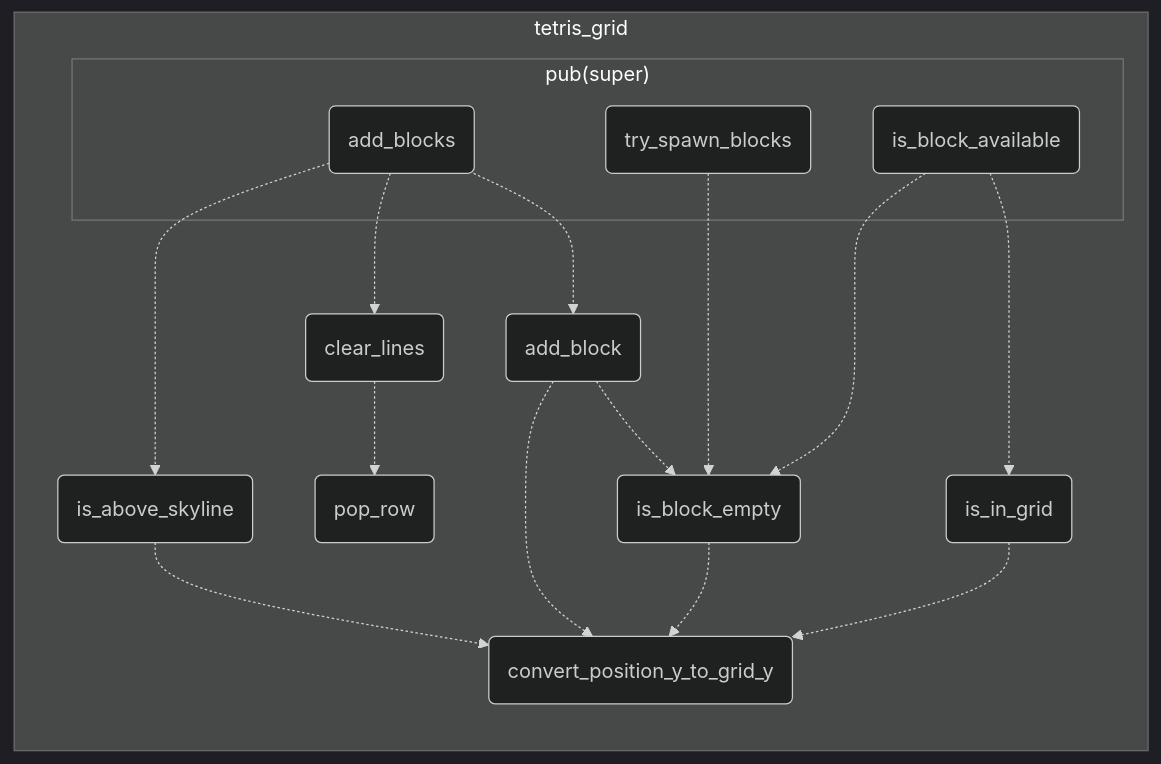
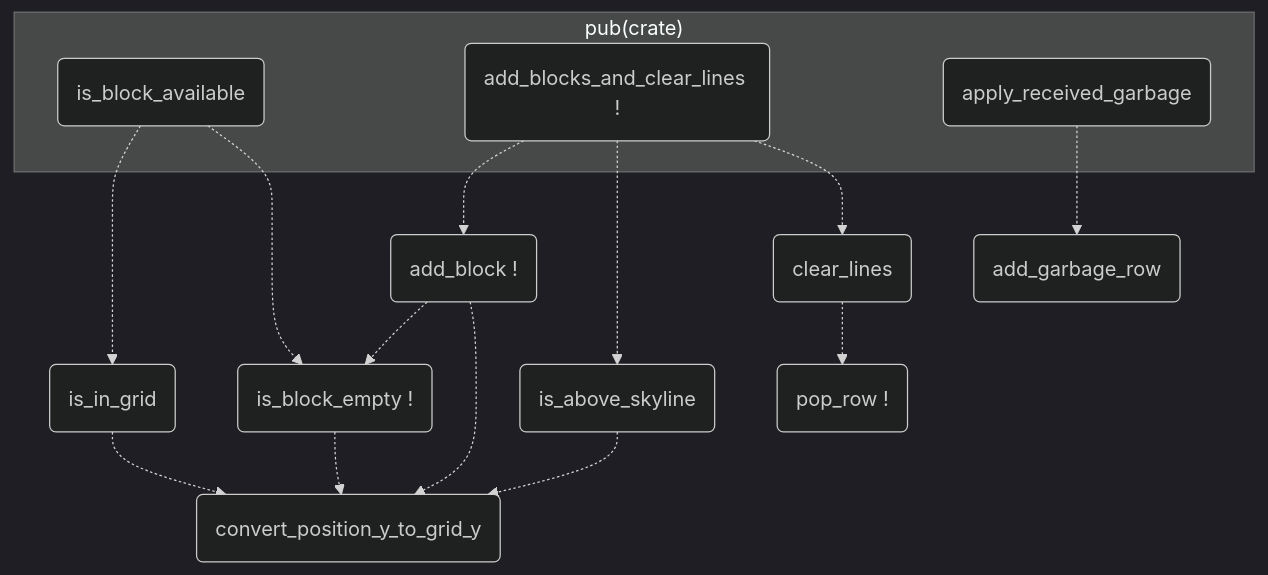
The diagram in core_tetris/src/tetris_grid_internals.mmd (inesvar/tetris), drawn with Mermaid (dark theme) before and after one commit. The commit also changed 1 other file, not shown here.

Commit message:
Audit the remaining panics in TetrisGrid

```diff
--- a/core_tetris/src/tetris_grid_internals.mmd
+++ b/core_tetris/src/tetris_grid_internals.mmd
@@ -1,39 +1,41 @@
-graph LR
+graph TD
     %% tetris grid
+    is_block_available(is_block_available)
+
+    is_in_grid(is_in_grid)
+    is_block_empty(is_block_empty !)
+
+    add_blocks(add_blocks_and_clear_lines !)
+
+    add_block(add_block !)
+    is_above_skyline(is_above_skyline)
     clear_lines(clear_lines)
-    pop_row(pop_row)
-    is_above_skyline(is_above_skyline)
-    add_block(add_block)
+    pop_row(pop_row !)
 
-    is_block_empty(is_block_empty)
     convert_position_y_to_grid_y(convert_position_y_to_grid_y)
 
-    is_in_grid(is_in_grid)
+    apply_received_garbage(apply_received_garbage)
 
-    add_blocks(add_blocks)
-    try_spawn_blocks(try_spawn_blocks)
-    is_block_available(is_block_available)
+    add_garbage_row(add_garbage_row)
 
-    subgraph tetris_grid
-        subgraph "pub(super)"
-            add_blocks
-            try_spawn_blocks
-            is_block_available
-        end
-        add_blocks -.-> is_above_skyline
-        add_blocks -.-> clear_lines
-        add_blocks -.-> add_block
-    
-        is_above_skyline -.-> convert_position_y_to_grid_y
-        clear_lines -.-> pop_row
-        add_block -.-> is_block_empty
-        add_block -.-> convert_position_y_to_grid_y
-    
-        is_block_empty -.-> convert_position_y_to_grid_y
+    subgraph "pub(crate)"
+        is_block_available
+        add_blocks
+        apply_received_garbage
+    end
+    is_block_available -.-> is_in_grid
+    is_in_grid -.-> convert_position_y_to_grid_y
 
-        is_in_grid -.-> convert_position_y_to_grid_y
+    is_block_available -.-> is_block_empty
+    is_block_empty -.-> convert_position_y_to_grid_y
 
-        try_spawn_blocks -.-> is_block_empty
-        is_block_available -.-> is_in_grid
-        is_block_available -.-> is_block_empty
-    end
+    add_blocks -.-> add_block
+    add_blocks -.-> is_above_skyline
+    add_blocks -.-> clear_lines
+
+    is_above_skyline -.-> convert_position_y_to_grid_y
+    clear_lines -.-> pop_row
+    add_block -.-> is_block_empty
+    add_block -.-> convert_position_y_to_grid_y
+
+    apply_received_garbage -.-> add_garbage_row
```
